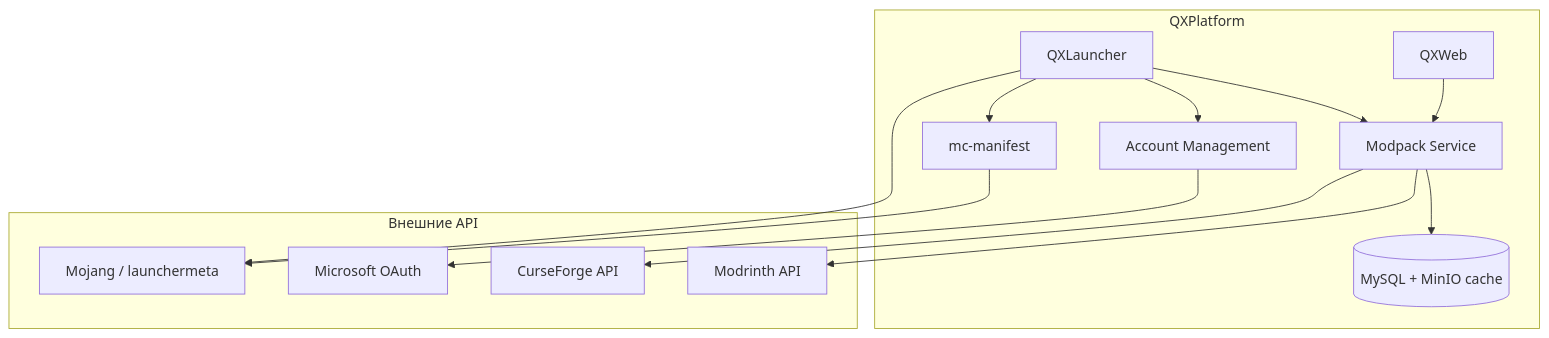
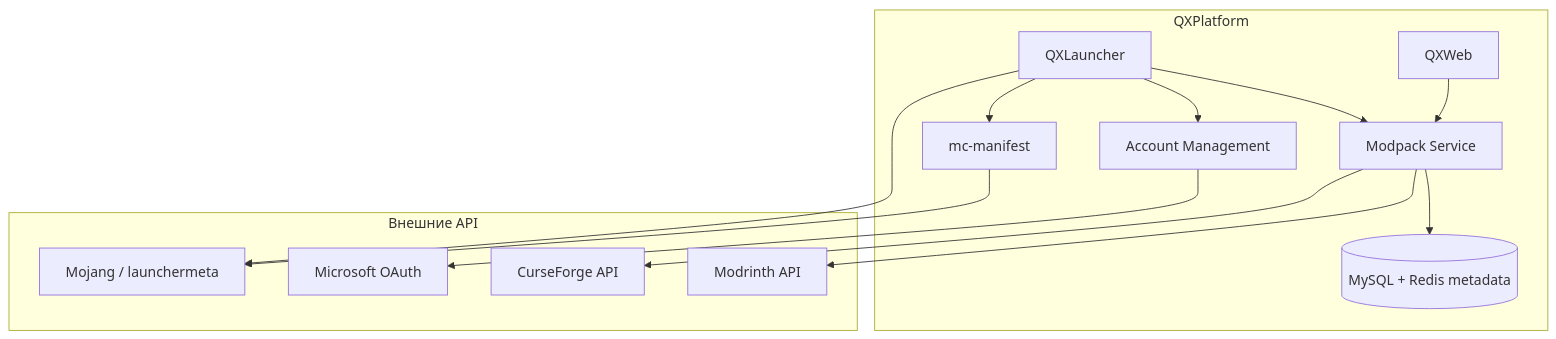
Before and after one commit to mindevis/qx-project: the ninth of 16 diagrams in docs/architecture.md, drawn with Mermaid. The commit also changed other lines of this file and 13 other files, not shown here.

````diff
--- a/docs/architecture.md
+++ b/docs/architecture.md
@@ -630,30 +672,30 @@
 ```mermaid
 flowchart TB
     subgraph qx [QXPlatform]
         Web[QXWeb]
         Launcher[QXLauncher]
         AccountMgmt[Account Management]
         ModpackSvc[Modpack Service]
         McMeta[mc-manifest]
-        Cache[(MySQL + MinIO cache)]
+        Cache[(MySQL + Redis metadata)]
     end
 
     subgraph external [Внешние API]
         Mojang[Mojang / launchermeta]
         MS[Microsoft OAuth]
         CF[CurseForge API]
         MR[Modrinth API]
     end
 
     Web --> ModpackSvc
     Launcher --> ModpackSvc
     Launcher --> McMeta
     Launcher --> AccountMgmt
 
     AccountMgmt --> MS
     McMeta --> Mojang
     ModpackSvc --> CF
     ModpackSvc --> MR
     ModpackSvc --> Cache
     Launcher --> Mojang
 ```
````
